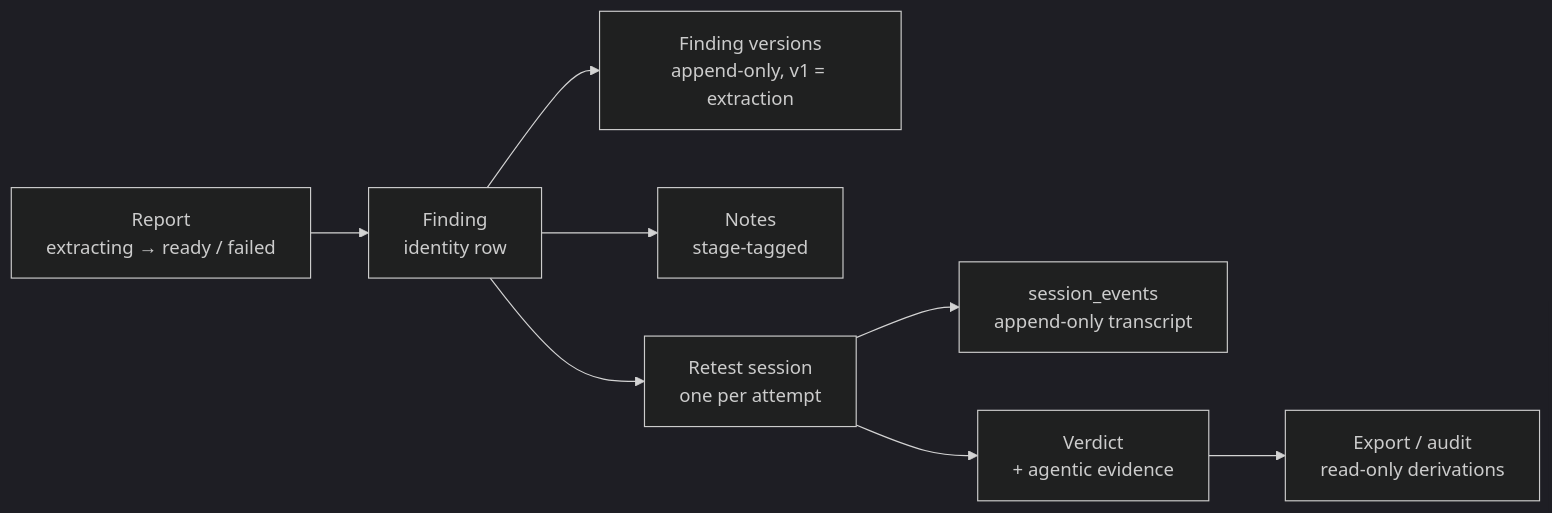
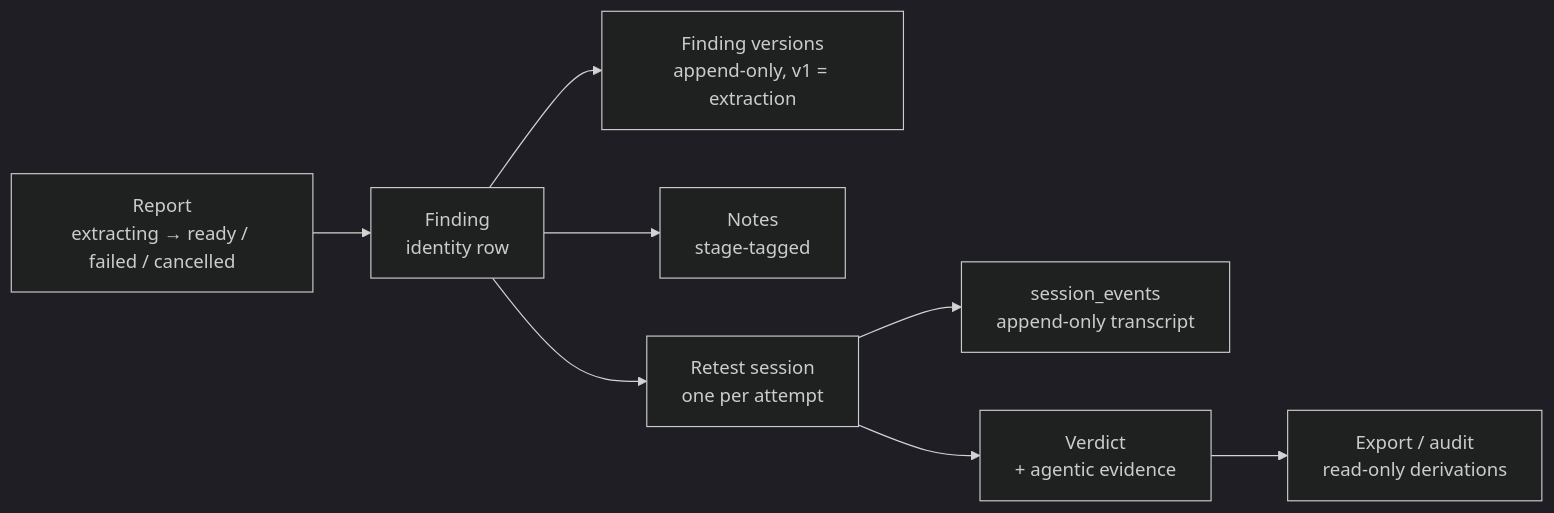
The first of 3 diagrams in docs/architecture/workflow.md (SelfishCoconut/revalid), drawn with Mermaid (dark theme) before and after one commit. The commit also changed other lines of this file and 23 other files, not shown here.

````diff
--- a/docs/architecture/workflow.md
+++ b/docs/architecture/workflow.md
@@ -41,10 +41,10 @@
 ```mermaid
 flowchart LR
-    R[Report<br/>extracting → ready / failed] --> F[Finding<br/>identity row]
+    R[Report<br/>extracting → ready / failed / cancelled] --> F[Finding<br/>identity row]
     F --> V[Finding versions<br/>append-only, v1 = extraction]
     F --> N[Notes<br/>stage-tagged]
     F --> S[Retest session<br/>one per attempt]
     S --> E[session_events<br/>append-only transcript]
     S --> VD[Verdict<br/>+ agentic evidence]
     VD --> X[Export / audit<br/>read-only derivations]
 ```
````
